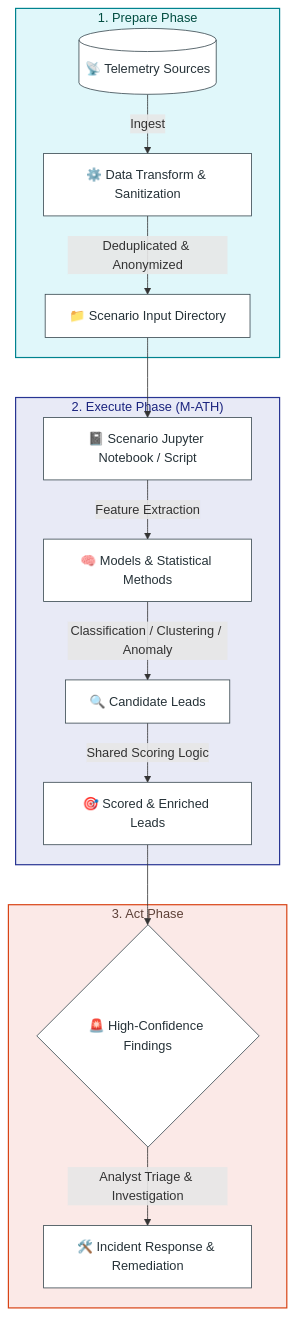
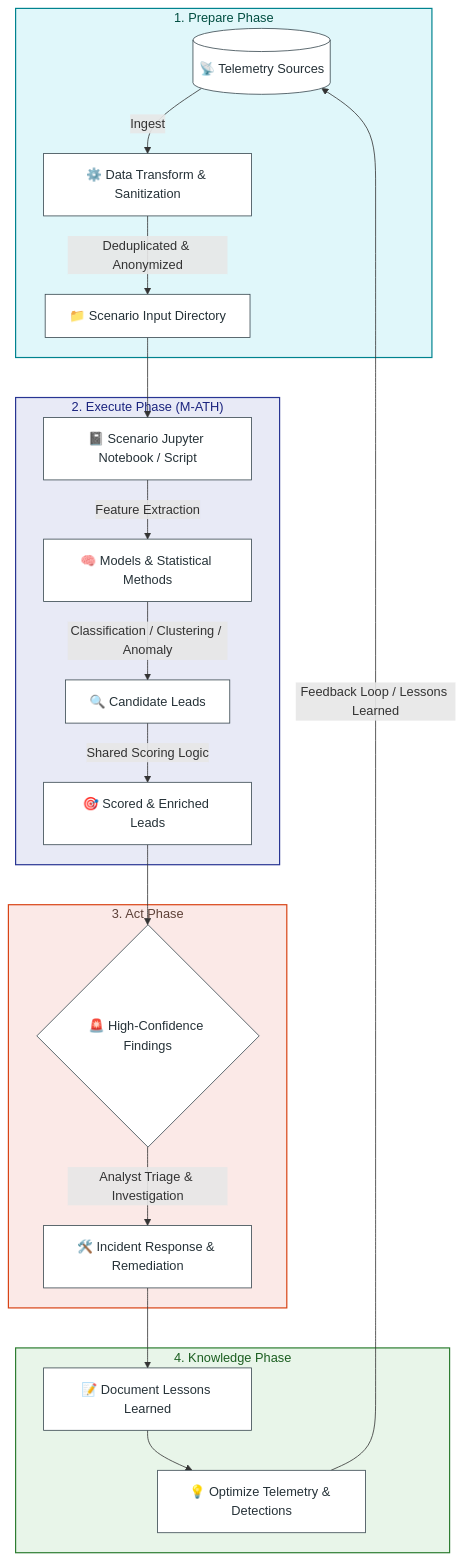
One commit to Cyber-Threat-Hunting-Playground/m-ath-threat-hunting-catalog changed the first of 2 diagrams in README.md. Above: the diagram before and after it, drawn with Mermaid.

Commit message:
docs: add Knowledge Phase and associated workflow nodes to the threat hunting architecture diagram

````diff
--- a/README.md
+++ b/README.md
@@ -34,31 +34,40 @@
 ```mermaid
 graph TD
     %% Custom Styling Definitions
     classDef prepareStyle fill:#E0F7FA,stroke:#00838F,stroke-width:1.5px,color:#004D40;
     classDef executeStyle fill:#E8EAF6,stroke:#283593,stroke-width:1.5px,color:#1A237E;
     classDef actStyle fill:#FBE9E7,stroke:#D84315,stroke-width:1.5px,color:#5D4037;
+    classDef knowledgeStyle fill:#E8F5E9,stroke:#2E7D32,stroke-width:1.5px,color:#1B5E20;
     classDef nodeStyle fill:#FFFFFF,stroke:#37474F,stroke-width:1px,color:#263238;
 
     subgraph Phase1 ["1. Prepare Phase"]
         A[(📡 Telemetry Sources)] -->|Ingest| B[⚙️ Data Transform & Sanitization]
         B -->|Deduplicated & Anonymized| C[📁 Scenario Input Directory]
     end
     
     subgraph Phase2 ["2. Execute Phase (M-ATH)"]
         C --> D[📓 Scenario Jupyter Notebook / Script]
         D -->|Feature Extraction| E[🧠 Models & Statistical Methods]
         E -->|Classification / Clustering / Anomaly| F[🔍 Candidate Leads]
         F -->|Shared Scoring Logic| G[🎯 Scored & Enriched Leads]
     end
     
     subgraph Phase3 ["3. Act Phase"]
         G --> H{🚨 High-Confidence Findings}
         H -->|Analyst Triage & Investigation| I[🛠️ Incident Response & Remediation]
     end
 
+    subgraph Phase4 ["4. Knowledge Phase"]
+        I --> J[📝 Document Lessons Learned]
+        J --> K[💡 Optimize Telemetry & Detections]
+    end
+
+    K -->|Feedback Loop / Lessons Learned| A
+
     %% Apply Classes
     class Phase1 prepareStyle;
     class Phase2 executeStyle;
     class Phase3 actStyle;
-    class A,B,C,D,E,F,G,H,I nodeStyle;
+    class Phase4 knowledgeStyle;
+    class A,B,C,D,E,F,G,H,I,J,K nodeStyle;
 ```
````
